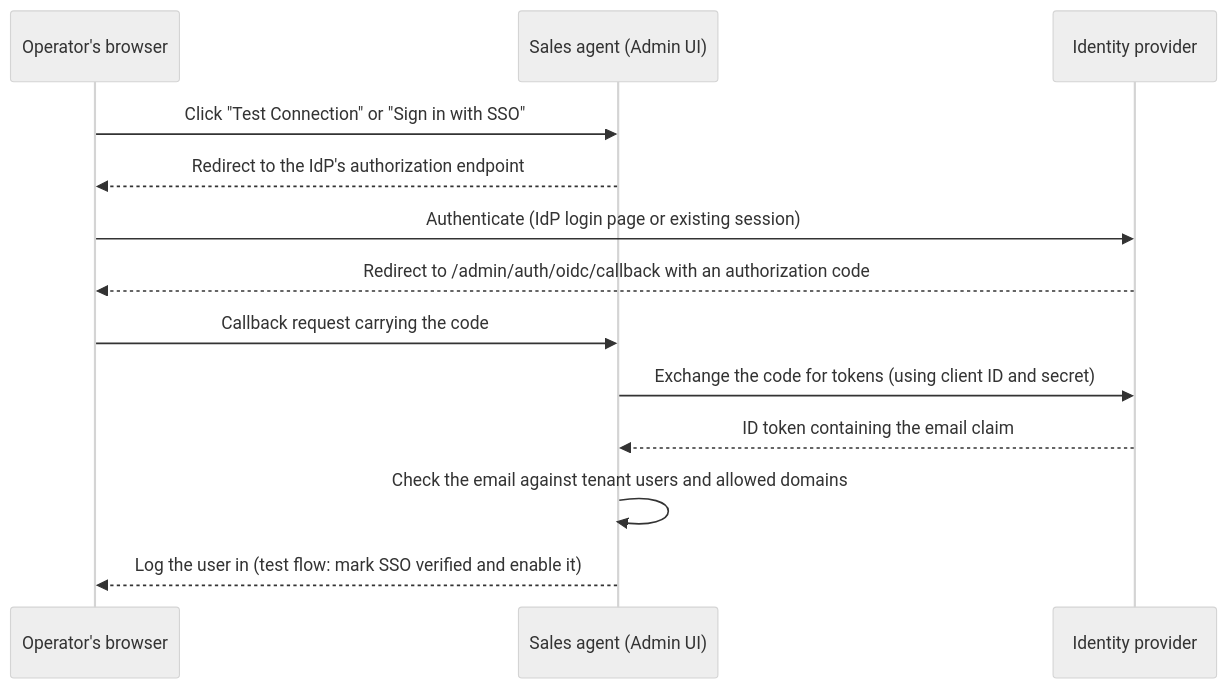
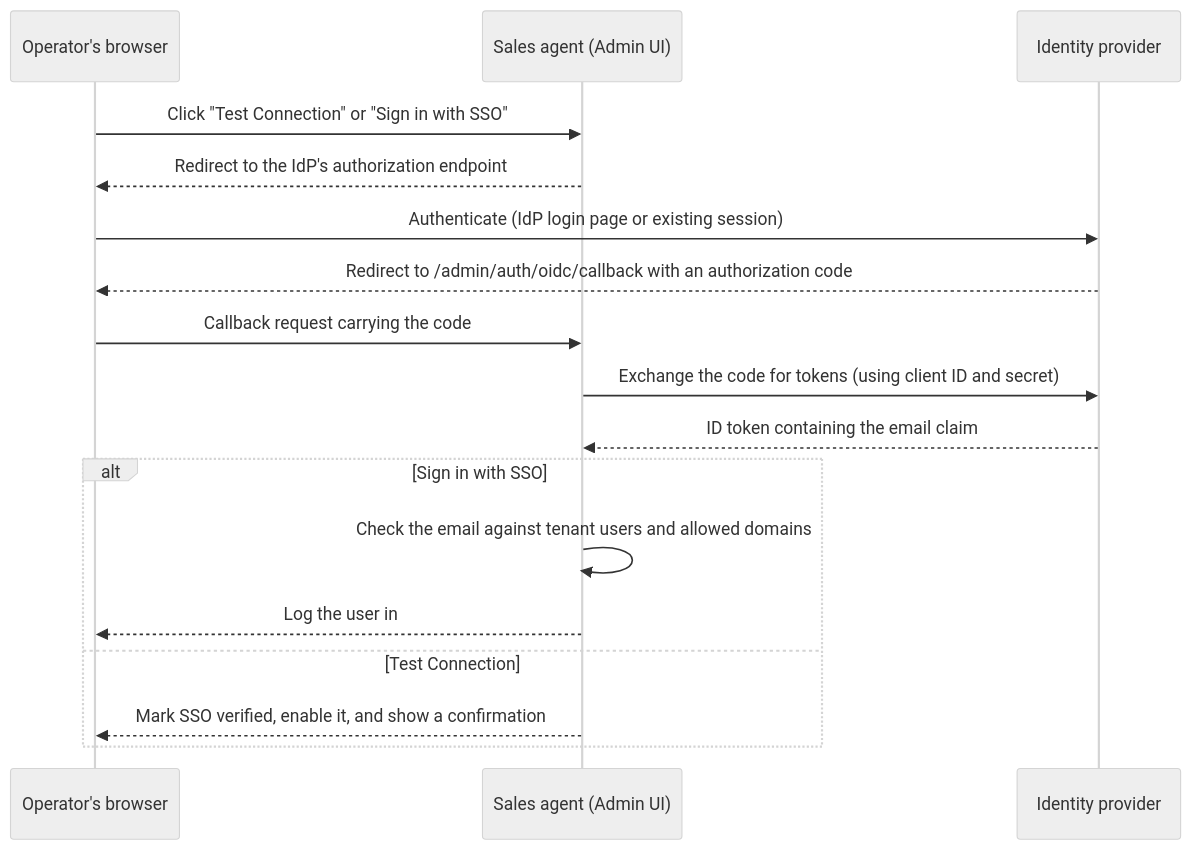
One commit to prebid/salesagent changed the diagram in docs/user-guide/sso-setup.md. Above: the diagram before and after it, drawn with Mermaid (neutral theme). The commit also changed other lines of this file and 8 other files, not shown here.

````diff
--- a/docs/user-guide/sso-setup.md
+++ b/docs/user-guide/sso-setup.md
@@ -59,16 +61,20 @@
 ```mermaid
 sequenceDiagram
     participant Browser as Operator's browser
     participant Agent as Sales agent (Admin UI)
     participant IdP as Identity provider
 
     Browser->>Agent: Click "Test Connection" or "Sign in with SSO"
     Agent-->>Browser: Redirect to the IdP's authorization endpoint
     Browser->>IdP: Authenticate (IdP login page or existing session)
     IdP-->>Browser: Redirect to /admin/auth/oidc/callback with an authorization code
     Browser->>Agent: Callback request carrying the code
     Agent->>IdP: Exchange the code for tokens (using client ID and secret)
     IdP-->>Agent: ID token containing the email claim
-    Agent->>Agent: Check the email against tenant users and allowed domains
-    Agent-->>Browser: Log the user in (test flow: mark SSO verified and enable it)
+    alt Sign in with SSO
+        Agent->>Agent: Check the email against tenant users and allowed domains
+        Agent-->>Browser: Log the user in
+    else Test Connection
+        Agent-->>Browser: Mark SSO verified, enable it, and show a confirmation
+    end
 ```
````
